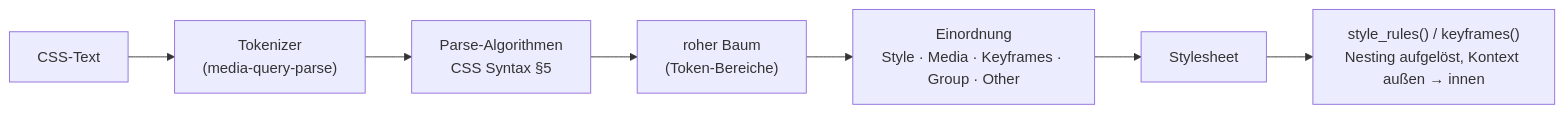
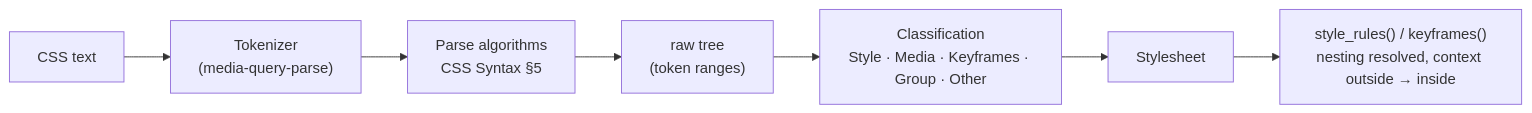
Before and after one commit to casoon/barrierlab: the diagram in docs/packages/stylesheet-parse.md, drawn with Mermaid. The commit also changed other lines of this file and 25 other files, not shown here.

````diff
--- a/docs/packages/stylesheet-parse.md
+++ b/docs/packages/stylesheet-parse.md
@@ -27,9 +27,9 @@
 ```mermaid
 flowchart LR
-  css["CSS-Text"] --> tok["Tokenizer\n(media-query-parse)"]
-  tok --> parse["Parse-Algorithmen\nCSS Syntax §5"]
-  parse --> raw["roher Baum\n(Token-Bereiche)"]
-  raw --> conv["Einordnung\nStyle · Media · Keyframes · Group · Other"]
+  css["CSS text"] --> tok["Tokenizer\n(media-query-parse)"]
+  tok --> parse["Parse algorithms\nCSS Syntax §5"]
+  parse --> raw["raw tree\n(token ranges)"]
+  raw --> conv["Classification\nStyle · Media · Keyframes · Group · Other"]
   conv --> sheet["Stylesheet"]
-  sheet --> flat["style_rules() / keyframes()\nNesting aufgelöst, Kontext außen → innen"]
+  sheet --> flat["style_rules() / keyframes()\nnesting resolved, context outside → inside"]
 ```
````
